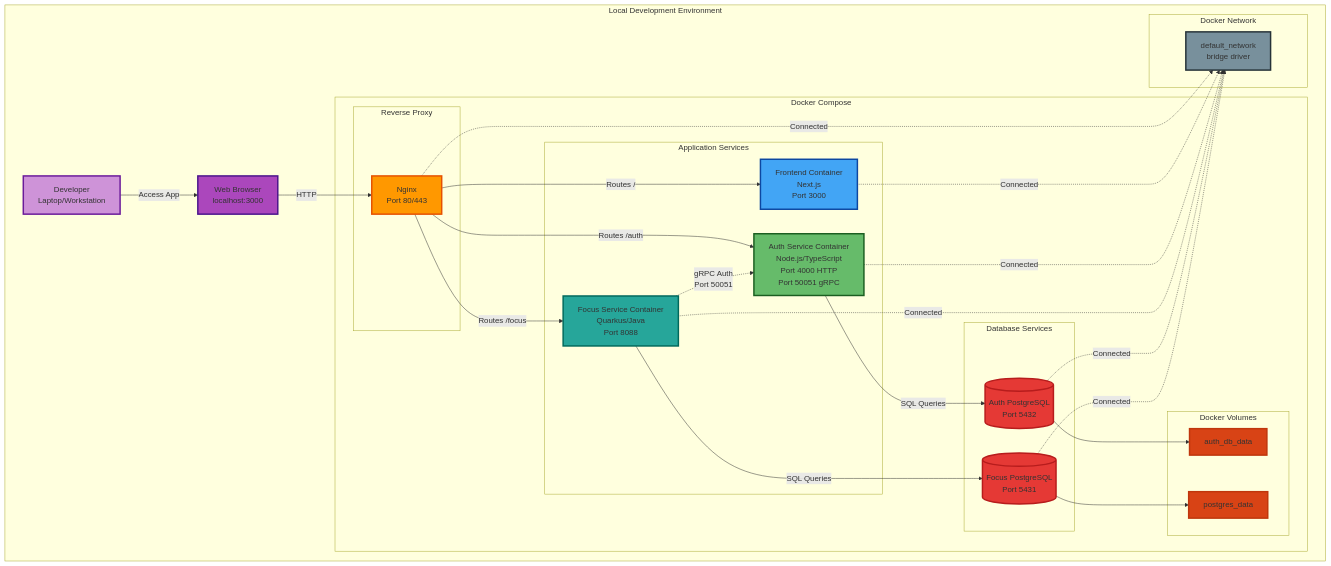
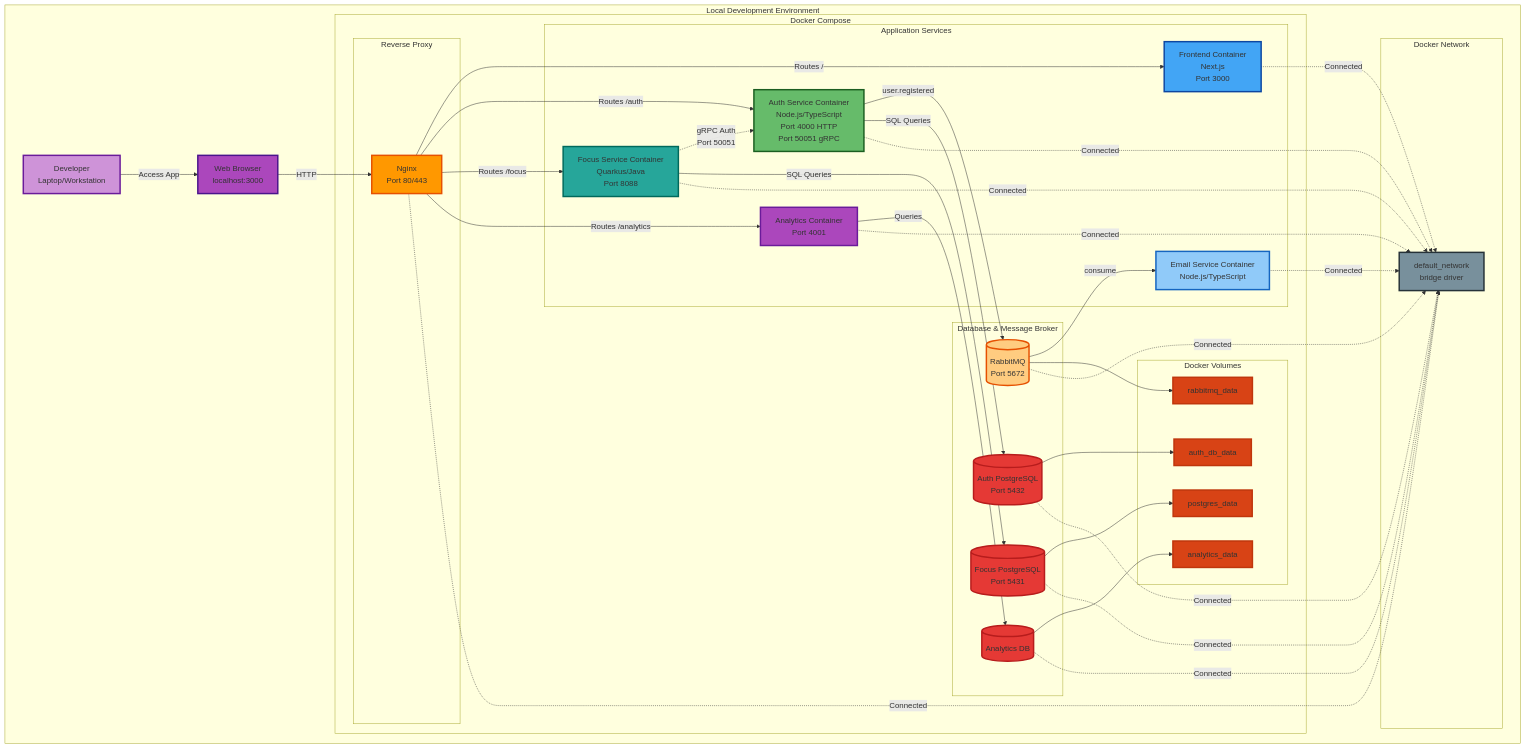
Before and after one commit to CloudNativeDevelopmentTeamH/infra: the third of 4 diagrams in architecture.md, drawn with Mermaid. The commit also changed other lines of this file and 1 other file, not shown here.

Commit message:
update architecture and vm description

````diff
--- a/architecture.md
+++ b/architecture.md
@@ -114,21 +261,27 @@
             subgraph Proxy["Reverse Proxy"]
                 Nginx[Nginx<br/>Port 80/443]
             end
-            
+
             subgraph Services["Application Services"]
                 LocalFrontend[Frontend Container<br/>Next.js<br/>Port 3000]
                 LocalAuth[Auth Service Container<br/>Node.js/TypeScript<br/>Port 4000 HTTP<br/>Port 50051 gRPC]
                 LocalFocus[Focus Service Container<br/>Quarkus/Java<br/>Port 8088]
+                LocalEmail[Email Service Container<br/>Node.js/TypeScript]
+                LocalAnalytics[Analytics Container<br/>Port 4001]
             end
 
-            subgraph Databases["Database Services"]
+            subgraph Databases["Database & Message Broker"]
                 LocalAuthDB[(Auth PostgreSQL<br/>Port 5432)]
                 LocalFocusDB[(Focus PostgreSQL<br/>Port 5431)]
+                LocalAnalyticsDB[(Analytics DB)]
+                LocalRabbitMQ[(RabbitMQ<br/>Port 5672)]
             end
 
             subgraph Volumes["Docker Volumes"]
                 AuthData[auth_db_data]
                 FocusData[postgres_data]
+                AnalyticsData[analytics_data]
+                RabbitMQData[rabbitmq_data]
             end
         end
 
@@ -142,30 +295,40 @@
 
     %% User flows
     Browser -->|HTTP| Nginx
-    
+
     %% Nginx routing
     Nginx -->|Routes /| LocalFrontend
     Nginx -->|Routes /auth| LocalAuth
     Nginx -->|Routes /focus| LocalFocus
+    Nginx -->|Routes /analytics| LocalAnalytics
 
     %% Service communication
     LocalFocus -.->|gRPC Auth<br/>Port 50051| LocalAuth
+    LocalAuth -->|user.registered| LocalRabbitMQ
+    LocalRabbitMQ -->|consume| LocalEmail
 
     %% Database connections
     LocalAuth -->|SQL Queries| LocalAuthDB
     LocalFocus -->|SQL Queries| LocalFocusDB
+    LocalAnalytics -->|Queries| LocalAnalyticsDB
 
     %% Storage
     LocalAuthDB --> AuthData
     LocalFocusDB --> FocusData
+    LocalAnalyticsDB --> AnalyticsData
+    LocalRabbitMQ --> RabbitMQData
 
     %% Network
     Nginx -.->|Connected| Bridge
     LocalFrontend -.->|Connected| Bridge
     LocalAuth -.->|Connected| Bridge
     LocalFocus -.->|Connected| Bridge
+    LocalEmail -.->|Connected| Bridge
+    LocalAnalytics -.->|Connected| Bridge
     LocalAuthDB -.->|Connected| Bridge
     LocalFocusDB -.->|Connected| Bridge
+    LocalAnalyticsDB -.->|Connected| Bridge
+    LocalRabbitMQ -.->|Connected| Bridge
 
     style Dev fill:#ce93d8,stroke:#6a1b9a,stroke-width:3px
     style Browser fill:#ab47bc,stroke:#4a148c,stroke-width:3px
@@ -173,9 +336,15 @@
     style LocalFrontend fill:#42a5f5,stroke:#0d47a1,stroke-width:3px
     style LocalAuth fill:#66bb6a,stroke:#1b5e20,stroke-width:3px
     style LocalFocus fill:#26a69a,stroke:#00695c,stroke-width:3px
+    style LocalEmail fill:#90caf9,stroke:#1565c0,stroke-width:3px
+    style LocalAnalytics fill:#ab47bc,stroke:#6a1b9a,stroke-width:3px
     style LocalAuthDB fill:#e53935,stroke:#b71c1c,stroke-width:3px
     style LocalFocusDB fill:#e53935,stroke:#b71c1c,stroke-width:3px
+    style LocalAnalyticsDB fill:#e53935,stroke:#b71c1c,stroke-width:3px
+    style LocalRabbitMQ fill:#ffcc80,stroke:#e65100,stroke-width:3px
     style AuthData fill:#d84315,stroke:#bf360c,stroke-width:3px
     style FocusData fill:#d84315,stroke:#bf360c,stroke-width:3px
+    style AnalyticsData fill:#d84315,stroke:#bf360c,stroke-width:3px
+    style RabbitMQData fill:#d84315,stroke:#bf360c,stroke-width:3px
     style Bridge fill:#78909c,stroke:#263238,stroke-width:3px
 ```
````
